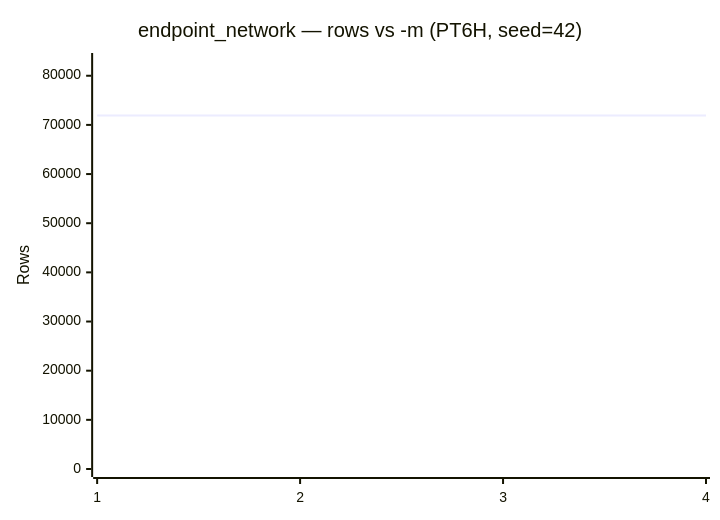
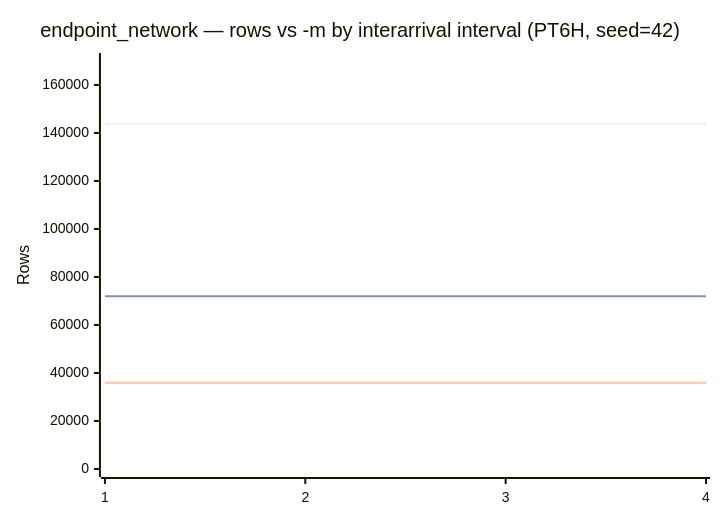
One commit to implydata/imply-eventgenerator changed the second of 2 diagrams in docs/presets/endpoint_network.md. Above: the diagram before and after it, drawn with Mermaid. The commit also changed other lines of this file and 10 other files, not shown here.

````diff
--- a/docs/presets/endpoint_network.md
+++ b/docs/presets/endpoint_network.md
@@ -93,7 +93,9 @@
 ```mermaid
 xychart-beta
-    title "endpoint_network — rows vs -m (PT6H, seed=42)"
+    title "endpoint_network — rows vs -m by interarrival interval (PT6H, seed=42)"
     x-axis [1, 2, 3, 4]
-    y-axis "Rows" 0 --> 83000
+    y-axis "Rows" 0 --> 170000
+    line [143843, 143843, 143843, 143843]
     line [71928, 71928, 71928, 71928]
+    line [35980, 35980, 35980, 35980]
 ```
````
